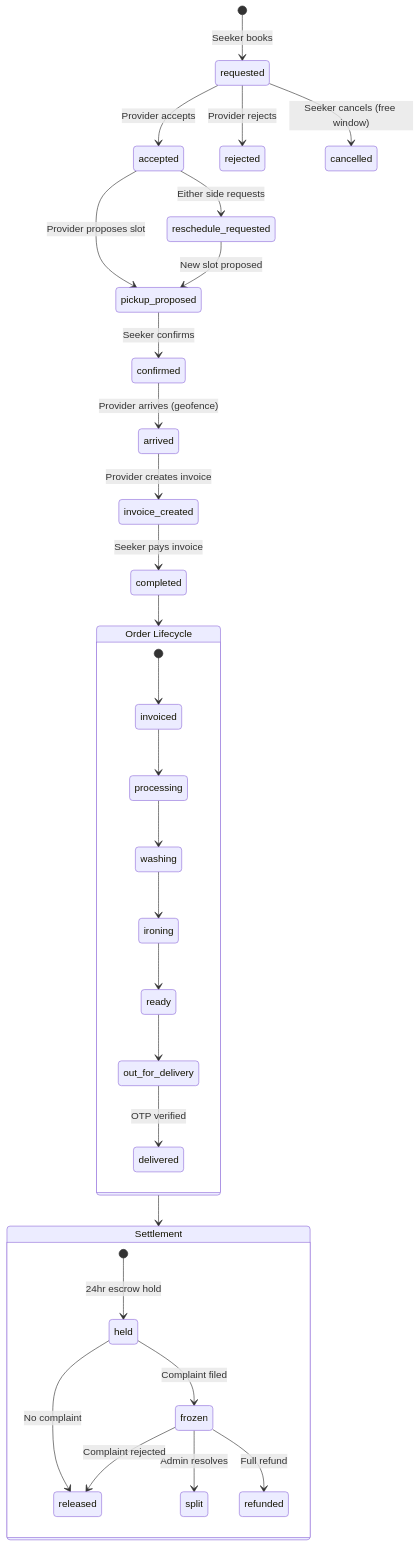
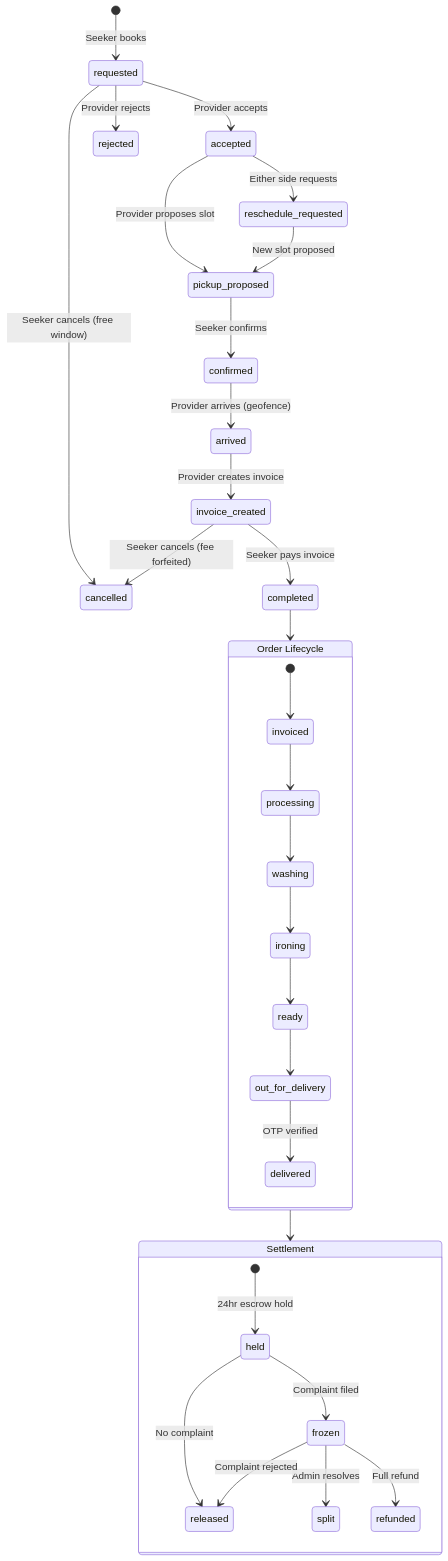
The tenth of 13 diagrams in docs/CODEBASE_UNDERSTANDING.md (ashfakhm/laundry-ease), drawn with Mermaid before and after one commit. The commit also changed other lines of this file, not shown here.

````diff
--- a/docs/CODEBASE_UNDERSTANDING.md
+++ b/docs/CODEBASE_UNDERSTANDING.md
@@ -1456,37 +1493,38 @@
 ```mermaid
 stateDiagram-v2
     [*] --> requested: Seeker books
     requested --> accepted: Provider accepts
     requested --> rejected: Provider rejects
     requested --> cancelled: Seeker cancels (free window)
     accepted --> pickup_proposed: Provider proposes slot
     accepted --> reschedule_requested: Either side requests
     reschedule_requested --> pickup_proposed: New slot proposed
     pickup_proposed --> confirmed: Seeker confirms
     confirmed --> arrived: Provider arrives (geofence)
     arrived --> invoice_created: Provider creates invoice
+    invoice_created --> cancelled: Seeker cancels (fee forfeited)
     invoice_created --> completed: Seeker pays invoice
 
     state "Order Lifecycle" as order {
         [*] --> invoiced
         invoiced --> processing
         processing --> washing
         washing --> ironing
         ironing --> ready
         ready --> out_for_delivery
         out_for_delivery --> delivered: OTP verified
     }
 
     completed --> order
 
     state "Settlement" as settle {
         [*] --> held: 24hr escrow hold
         held --> released: No complaint
         held --> frozen: Complaint filed
         frozen --> split: Admin resolves
         frozen --> refunded: Full refund
         frozen --> released: Complaint rejected
     }
 
     order --> settle
 ```
````
